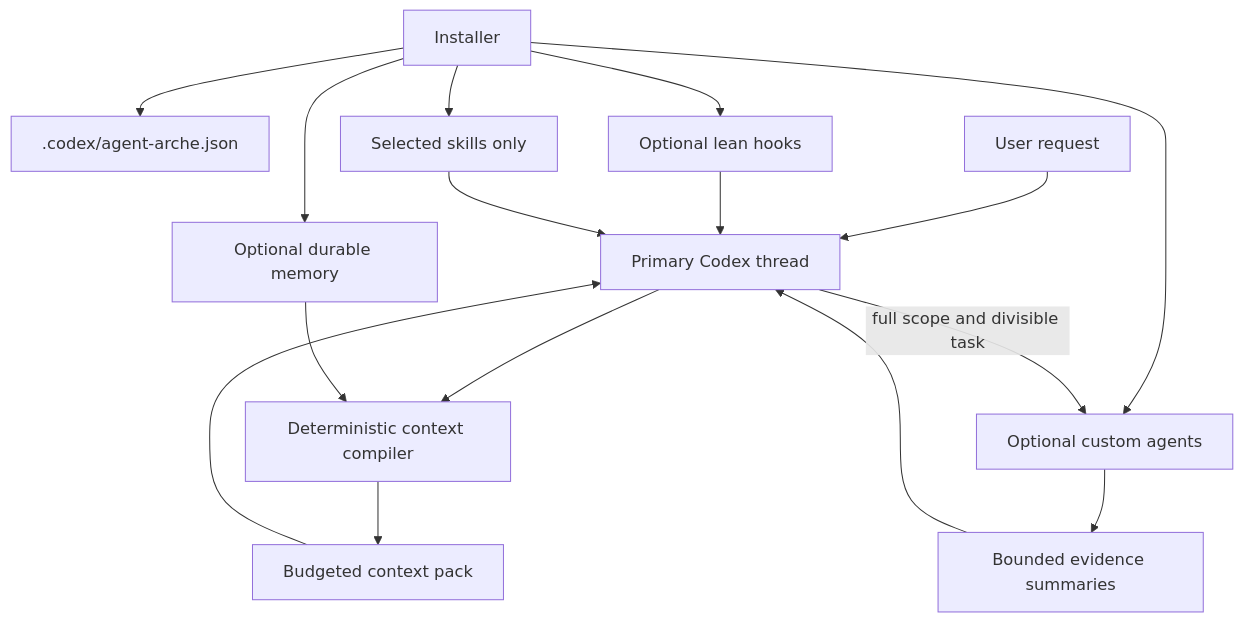
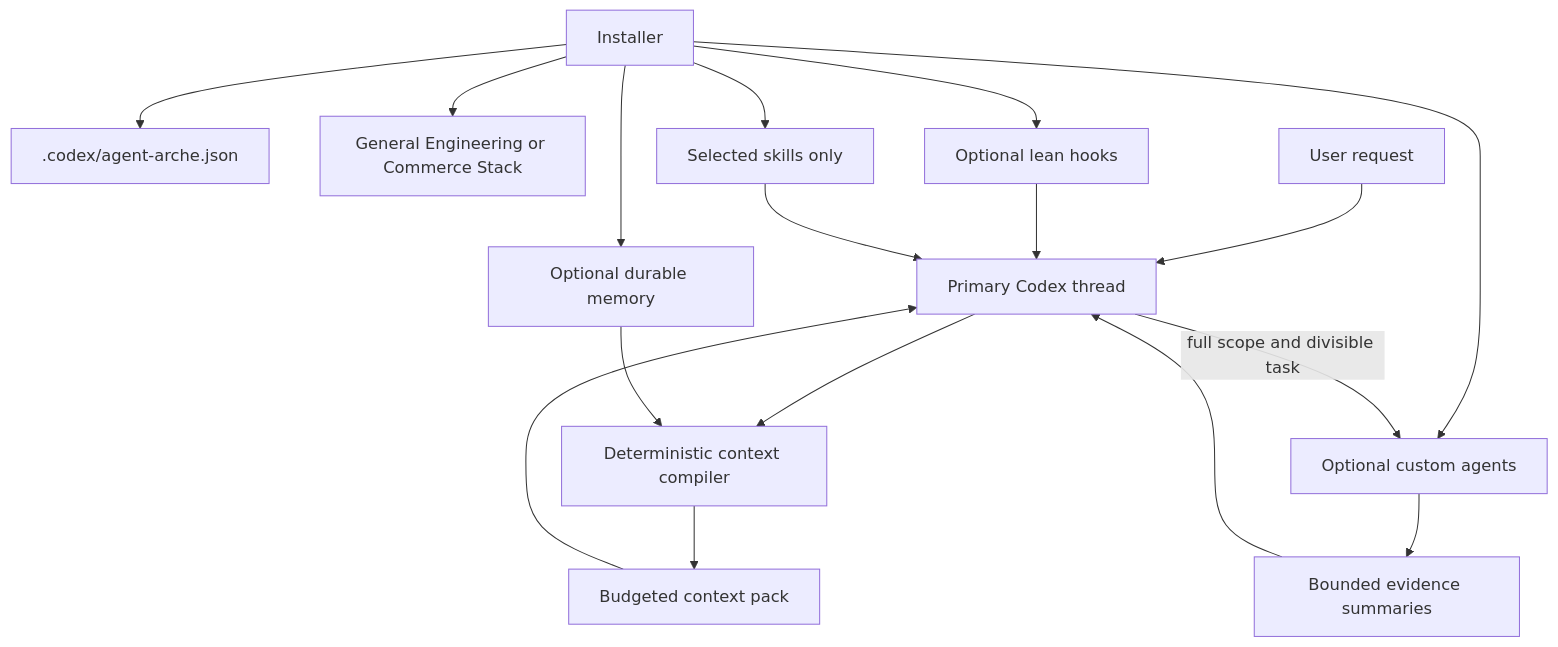
The diagram in docs/ARCHITECTURE.md (AshenDulsanka/agent-arche), drawn with Mermaid before and after one commit. The commit also changed other lines of this file and 2 other files, not shown here.

Commit message:
docs: document commerce stack setup

````diff
--- a/docs/ARCHITECTURE.md
+++ b/docs/ARCHITECTURE.md
@@ -5,19 +5,20 @@
 ```mermaid
 flowchart TB
     CLI[Installer] --> META[.codex/agent-arche.json]
+    CLI --> PROFILE[General Engineering or Commerce Stack]
     CLI --> SKILLS[Selected skills only]
     CLI --> HOOKS[Optional lean hooks]
     CLI --> MEMORY[Optional durable memory]
     CLI --> AGENTS[Optional custom agents]
 
     REQUEST[User request] --> SESSION[Primary Codex thread]
     HOOKS --> SESSION
     SESSION --> COMPILER[Deterministic context compiler]
     MEMORY --> COMPILER
     COMPILER --> PACK[Budgeted context pack]
     PACK --> SESSION
     SKILLS --> SESSION
     SESSION -->|full scope and divisible task| AGENTS
     AGENTS --> RESULTS[Bounded evidence summaries]
     RESULTS --> SESSION
 ```
````
